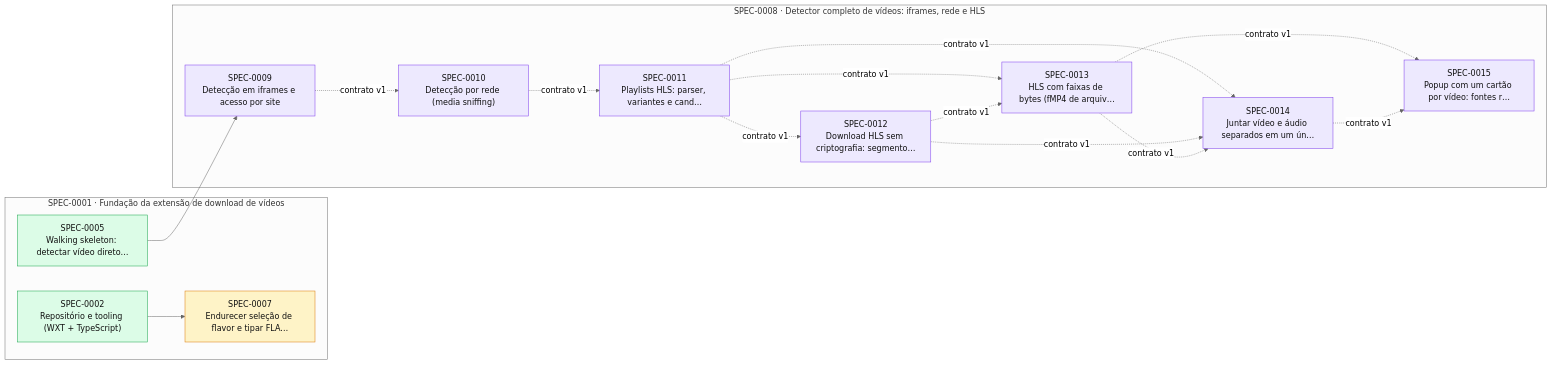
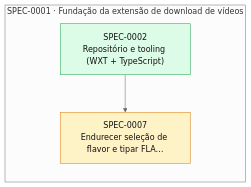
Before and after one commit to thomasravache/video-downloader: the diagram in docs/specs/INDEX.md, drawn with Mermaid (neutral theme). The commit also changed other lines of this file and 8 other files, not shown here.

````diff
--- a/docs/specs/INDEX.md
+++ b/docs/specs/INDEX.md
@@ -66,34 +59,13 @@
 ```mermaid
 flowchart LR
   subgraph E0001["SPEC-0001 · Fundação da extensão de download de vídeos"]
     S0002["SPEC-0002<br/>Repositório e tooling (WXT + TypeScript)"]:::implemented
-    S0005["SPEC-0005<br/>Walking skeleton: detectar vídeo direto…"]:::implemented
     S0007["SPEC-0007<br/>Endurecer seleção de flavor e tipar FLA…"]:::proposed
   end
-  subgraph E0008["SPEC-0008 · Detector completo de vídeos: iframes, rede e HLS"]
-    S0009["SPEC-0009<br/>Detecção em iframes e acesso por site"]:::inprogress
-    S0010["SPEC-0010<br/>Detecção por rede (media sniffing)"]:::inprogress
-    S0011["SPEC-0011<br/>Playlists HLS: parser, variantes e cand…"]:::inprogress
-    S0012["SPEC-0012<br/>Download HLS sem criptografia: segmento…"]:::inprogress
-    S0013["SPEC-0013<br/>HLS com faixas de bytes (fMP4 de arquiv…"]:::inprogress
-    S0014["SPEC-0014<br/>Juntar vídeo e áudio separados em um ún…"]:::inprogress
-    S0015["SPEC-0015<br/>Popup com um cartão por vídeo: fontes r…"]:::inprogress
-  end
   S0002 --> S0007
-  S0005 --> S0009
-  S0009 -. contrato v1 .-> S0010
-  S0010 -. contrato v1 .-> S0011
-  S0011 -. contrato v1 .-> S0012
-  S0011 -. contrato v1 .-> S0013
-  S0012 -. contrato v1 .-> S0013
-  S0011 -. contrato v1 .-> S0014
-  S0012 -. contrato v1 .-> S0014
-  S0013 -. contrato v1 .-> S0014
-  S0013 -. contrato v1 .-> S0015
-  S0014 -. contrato v1 .-> S0015
   classDef proposed fill:#fef3c7,stroke:#d97706,color:#111
   classDef approved fill:#dbeafe,stroke:#2563eb,color:#111
   classDef inprogress fill:#ede9fe,stroke:#7c3aed,color:#111
   classDef implemented fill:#dcfce7,stroke:#16a34a,color:#111
   classDef deprecated fill:#f3f4f6,stroke:#9ca3af,color:#6b7280
 ```
````
